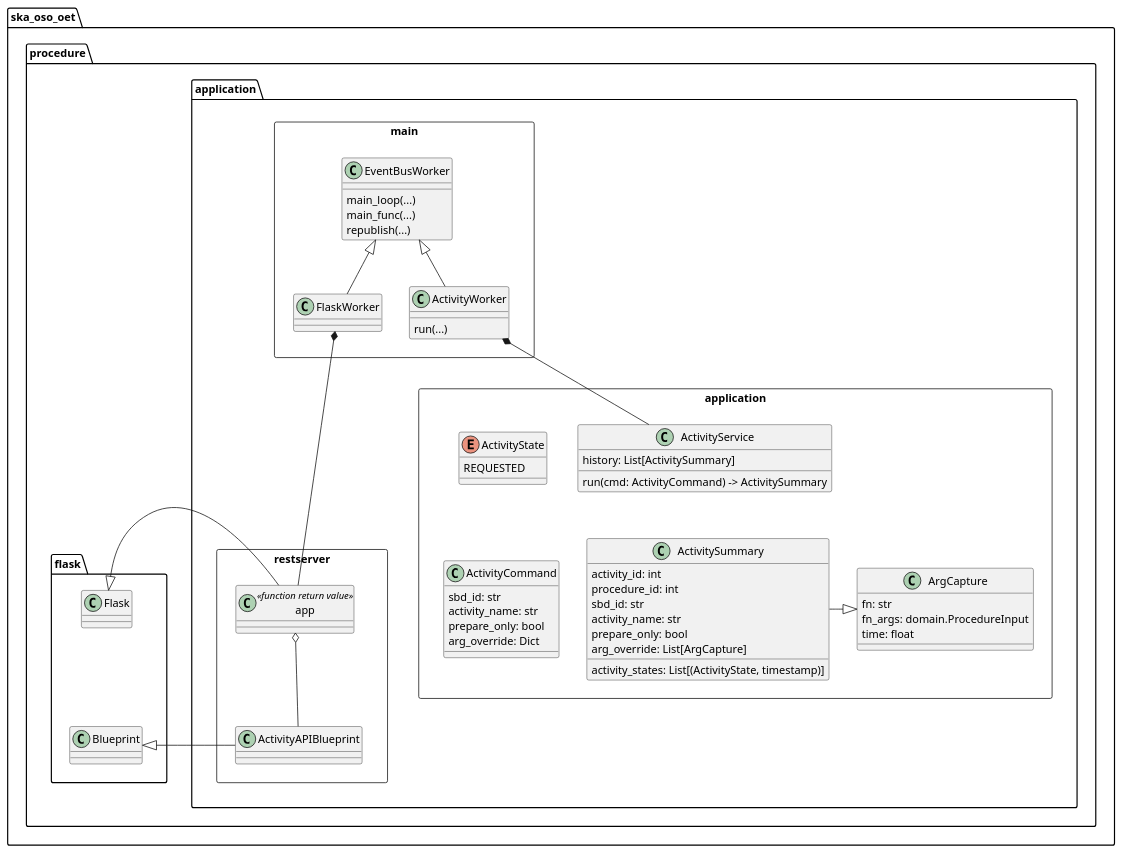
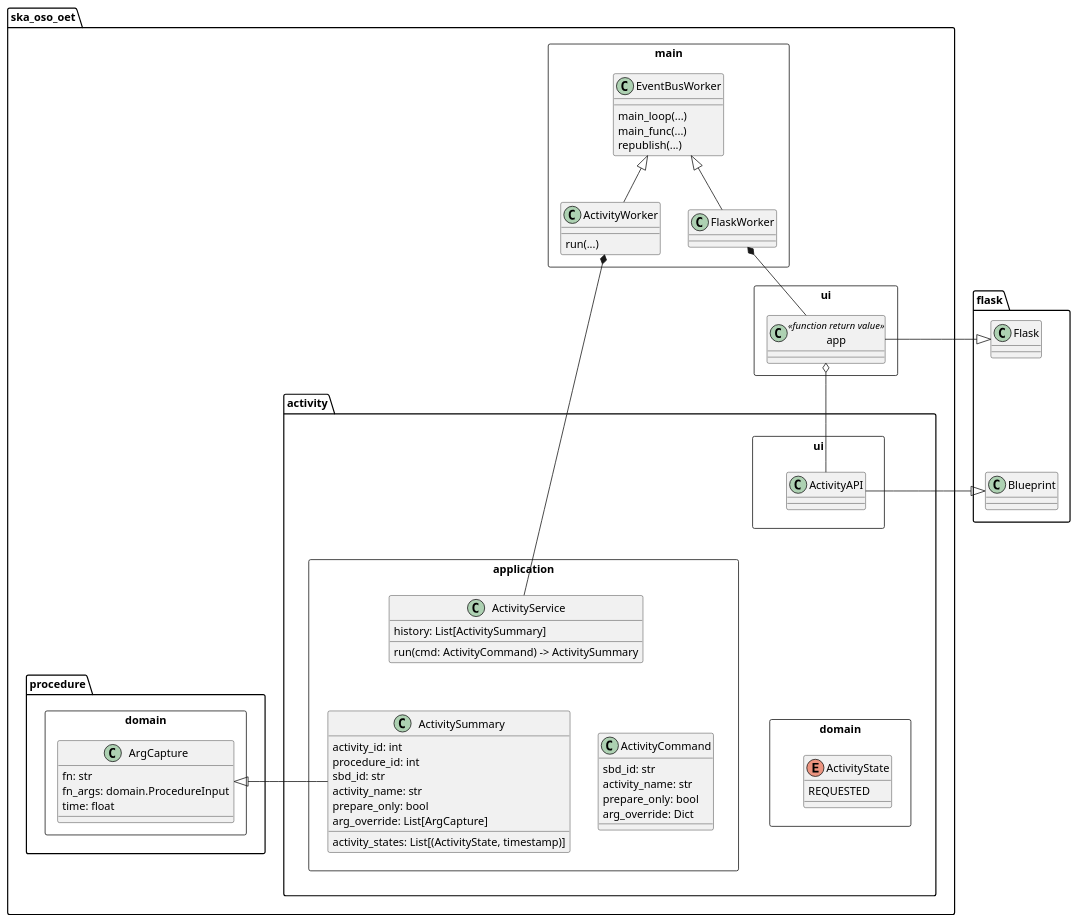
The diagram in docs/src/diagrams/backend_module_ui_primary_activity.puml (ska-telescope/observation-execution-tool), drawn with PlantUML before and after one commit. The commit also changed 21 other files, not shown here.

Commit message:
BTN-1546: align documentation and diagrams with new package structure

```diff
--- a/docs/src/diagrams/backend_module_ui_primary_activity.puml
+++ b/docs/src/diagrams/backend_module_ui_primary_activity.puml
@@ -1,94 +1,108 @@
 @startuml
 'https://plantuml.com/class-diagram
 
-package ska_oso_oet.procedure {
-
-package application as application_pkg {
+package ska_oso_oet {
 
     package main <<Rectangle>> {
 
         class ActivityWorker {
             run(...)
         }
 
-        class FlaskWorker {
-        }
+        class FlaskWorker
 
         class EventBusWorker {
             main_loop(...)
             main_func(...)
             republish(...)
         }
 
         ActivityWorker -up-|> EventBusWorker
         FlaskWorker -up-|> EventBusWorker
     }
 
-    package restserver <<Rectangle>> {
+    package ui <<Rectangle>> {
+
         class app <<function return value>> {
         }
-
-        class ActivityAPIBlueprint
-
-        app o-- ActivityAPIBlueprint
     }
 
-    package application <<Rectangle>> {
+    package activity {
 
-        class ActivityService {
-            history: List[ActivitySummary]
+        package ui as activity_ui <<Rectangle>> {
+            class ActivityAPI
+        }
+        app o-- ActivityAPI
 
-            run(cmd: ActivityCommand) -> ActivitySummary
+
+        package application <<Rectangle>> {
+
+            class ActivityCommand {
+                sbd_id: str
+                activity_name: str
+                prepare_only: bool
+                arg_override: Dict
+            }
+
+            class ActivityService {
+                history: List[ActivitySummary]
+                run(cmd: ActivityCommand) -> ActivitySummary
+            }
+
+            class ActivitySummary {
+                activity_id: int
+                procedure_id: int
+                sbd_id: str
+                activity_name: str
+                prepare_only: bool
+                arg_override: List[ArgCapture]
+                activity_states: List[(ActivityState, timestamp)]
+            }
+
         }
 
-        class ActivitySummary {
-            activity_id: int
-            procedure_id: int
-            sbd_id: str
-            activity_name: str
-            prepare_only: bool
-            arg_override: List[ArgCapture]
-            activity_states: List[(ActivityState, timestamp)]
+        package domain as activity_domain <<Rectangle>> {
+            enum ActivityState {
+                REQUESTED
+            }
         }
 
-        class ArgCapture {
-            fn: str
-            fn_args: domain.ProcedureInput
-            time: float
+        FlaskWorker *-- app
+        ActivityWorker *-- ActivityService
+    }
+
+    package procedure {
+
+        package domain as procedure_domain <<Rectangle>> {
+            class ArgCapture {
+                fn: str
+                fn_args: domain.ProcedureInput
+                time: float
+            }
         }
-        ActivitySummary -right-|> ArgCapture
+        ActivitySummary -left-|> ArgCapture
 
-        class ActivityCommand {
-            sbd_id: str
-            activity_name: str
-            prepare_only: bool
-            arg_override: Dict
-        }
-
-        enum ActivityState {
-            REQUESTED
-        }
     }
 }
-
-FlaskWorker *-- app
-ActivityWorker *-- ActivityService
 
 package flask {
     class Flask
     class Blueprint
 
     Flask -down[hidden]- Blueprint
 }
 
 app -|> Flask
-ActivityAPIBlueprint -|> Blueprint
+ActivityAPI -|> Blueprint
 
-main -down[hidden]--> application
-restserver -left[hidden]--> application
-restserver -right[hidden]--> flask
-FlaskWorker -down[hidden]--> restserver
+activity_ui -down[hidden]- application
+application -down[hidden]- activity_domain
+
+'main -down[hidden]--> application
+'restserver -left[hidden]--> application
+'restserver -right[hidden]--> flask
+'FlaskWorker -down[hidden]--> restserver
+ActivitySummary -right[hidden]- ActivityCommand
 ActivityService -down[hidden]- ActivitySummary
-ActivitySummary -left[hidden]- ActivityCommand
 
 @enduml
```
